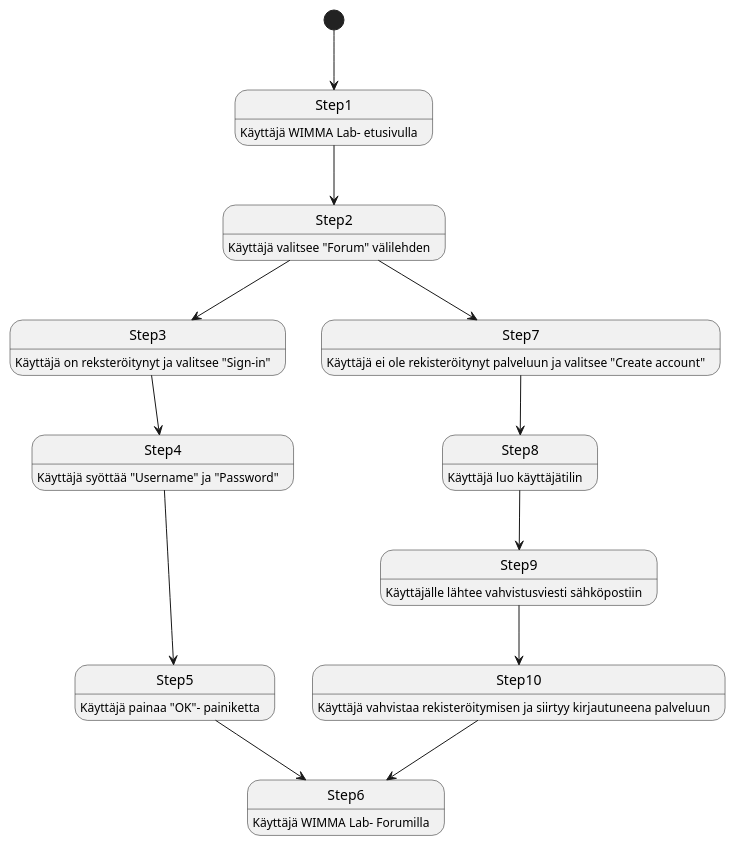
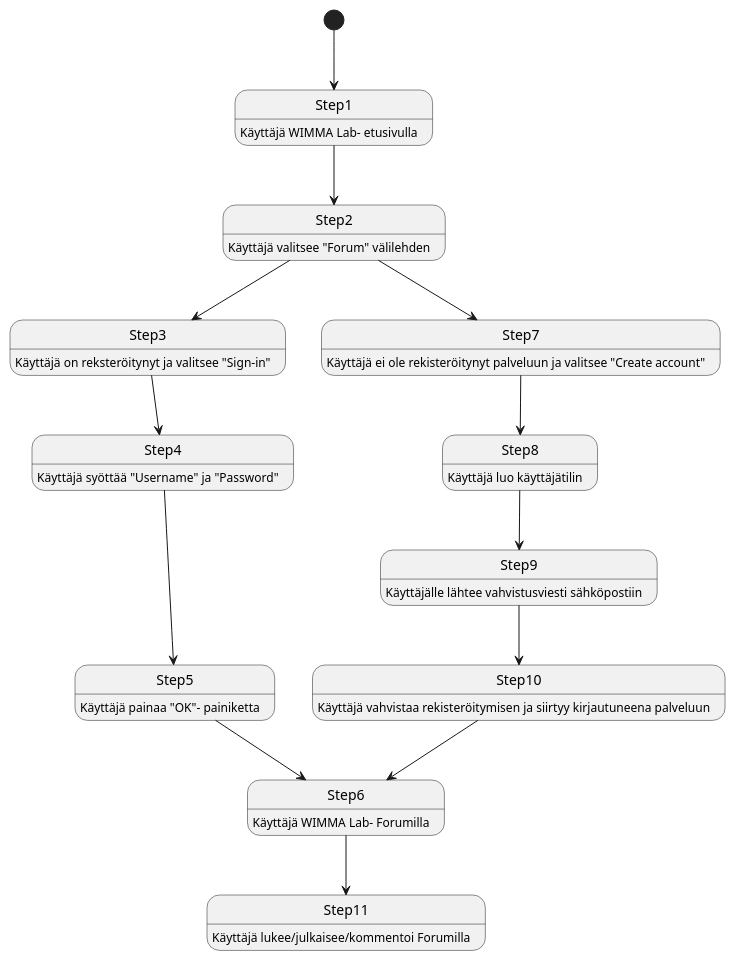
One commit to ninaleo/S2021-AB5160-core changed the second of 6 diagrams in dokumentit/20-Vaatimustenhallinta/vaatimusmaaritely-tiivis.md. Above: the diagram before and after it, drawn with PlantUML. The commit also changed other lines of this file, not shown here.

````diff
--- a/dokumentit/20-Vaatimustenhallinta/vaatimusmaaritely-tiivis.md
+++ b/dokumentit/20-Vaatimustenhallinta/vaatimusmaaritely-tiivis.md
@@ -91,25 +85,26 @@
 ```plantuml
 Step1: Käyttäjä WIMMA Lab- etusivulla 
 Step2: Käyttäjä valitsee "Forum" välilehden  
 Step3: Käyttäjä on reksteröitynyt ja valitsee "Sign-in" 
 Step4: Käyttäjä syöttää "Username" ja "Password"
 Step5: Käyttäjä painaa "OK"- painiketta
 Step6: Käyttäjä WIMMA Lab- Forumilla
 Step7: Käyttäjä ei ole rekisteröitynyt palveluun ja valitsee "Create account"
 Step8: Käyttäjä luo käyttäjätilin
 Step9: Käyttäjälle lähtee vahvistusviesti sähköpostiin
 Step10: Käyttäjä vahvistaa rekisteröitymisen ja siirtyy kirjautuneena palveluun
-
+Step11: Käyttäjä lukee/julkaisee/kommentoi Forumilla
 
 [*] --> Step1
 Step1 --> Step2
 Step2 --> Step3
 Step2 --> Step7
 Step3 --> Step4
 Step7 --> Step8
 Step4 --> Step5
 Step8 --> Step9
 Step5 --> Step6 
 Step9 --> Step10
 Step10 --> Step6
+Step6 --> Step11
 ```
````
